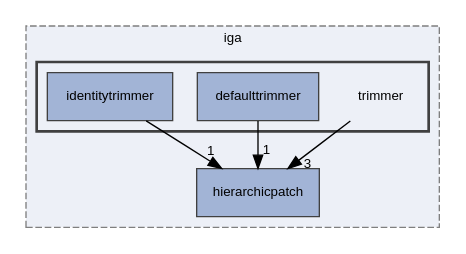
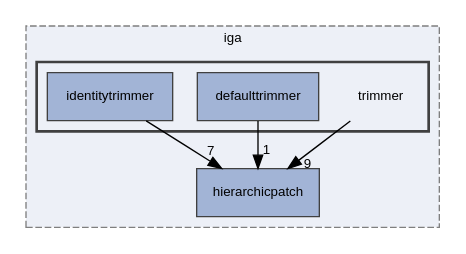
One commit to rath3t/dune-iga-doc changed the diagram in dir_7d0c370ab440c4b4f78419bfc8c93eb8_dep.dot. Above: the diagram before and after it, drawn with Graphviz. The commit also changed 583 other files, not shown here.

```diff
--- a/dir_7d0c370ab440c4b4f78419bfc8c93eb8_dep.dot
+++ b/dir_7d0c370ab440c4b4f78419bfc8c93eb8_dep.dot
@@ -1,20 +1,20 @@
 digraph "trimmer"
 {
  // LATEX_PDF_SIZE
   edge [fontname="Helvetica",fontsize="10",labelfontname="Helvetica",labelfontsize="10"];
   node [fontname="Helvetica",fontsize="10",shape=record];
   compound=true
   subgraph clusterdir_d2a3c23294a1b1015b1b8e8721ddded8 {
     graph [ bgcolor="#edf0f7", pencolor="grey50", style="filled,dashed,", label="iga", fontname="Helvetica", fontsize="10", URL="dir_d2a3c23294a1b1015b1b8e8721ddded8.html"]
   dir_12fc9e68aad46ae2d80ba50ef1c96d76 [shape=box, label="hierarchicpatch", style="filled,", fillcolor="#a2b4d6", color="grey25", URL="dir_12fc9e68aad46ae2d80ba50ef1c96d76.html"];
   subgraph clusterdir_7d0c370ab440c4b4f78419bfc8c93eb8 {
     graph [ bgcolor="#edf0f7", pencolor="grey25", style="filled,bold,", label="", fontname="Helvetica", fontsize="10", URL="dir_7d0c370ab440c4b4f78419bfc8c93eb8.html"]
     dir_7d0c370ab440c4b4f78419bfc8c93eb8 [shape=plaintext, label="trimmer"];
   dir_265321845ed2650d675b22a94b62262d [shape=box, label="defaulttrimmer", style="filled,", fillcolor="#a2b4d6", color="grey25", URL="dir_265321845ed2650d675b22a94b62262d.html"];
   dir_aa3557bd66a6784b3b9e663253e8d0ba [shape=box, label="identitytrimmer", style="filled,", fillcolor="#a2b4d6", color="grey25", URL="dir_aa3557bd66a6784b3b9e663253e8d0ba.html"];
   }
   }
-  dir_7d0c370ab440c4b4f78419bfc8c93eb8->dir_12fc9e68aad46ae2d80ba50ef1c96d76 [headlabel="3", labeldistance=1.5 headhref="dir_000019_000007.html"];
+  dir_7d0c370ab440c4b4f78419bfc8c93eb8->dir_12fc9e68aad46ae2d80ba50ef1c96d76 [headlabel="9", labeldistance=1.5 headhref="dir_000019_000007.html"];
   dir_265321845ed2650d675b22a94b62262d->dir_12fc9e68aad46ae2d80ba50ef1c96d76 [headlabel="1", labeldistance=1.5 headhref="dir_000001_000007.html"];
-  dir_aa3557bd66a6784b3b9e663253e8d0ba->dir_12fc9e68aad46ae2d80ba50ef1c96d76 [headlabel="1", labeldistance=1.5 headhref="dir_000009_000007.html"];
+  dir_aa3557bd66a6784b3b9e663253e8d0ba->dir_12fc9e68aad46ae2d80ba50ef1c96d76 [headlabel="7", labeldistance=1.5 headhref="dir_000009_000007.html"];
 }
```
